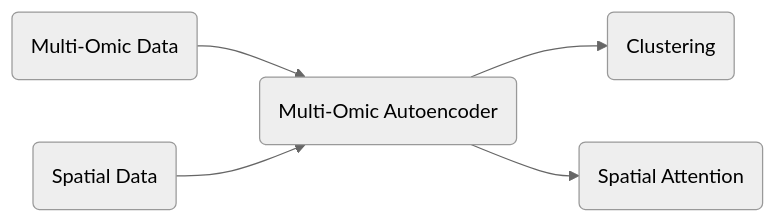
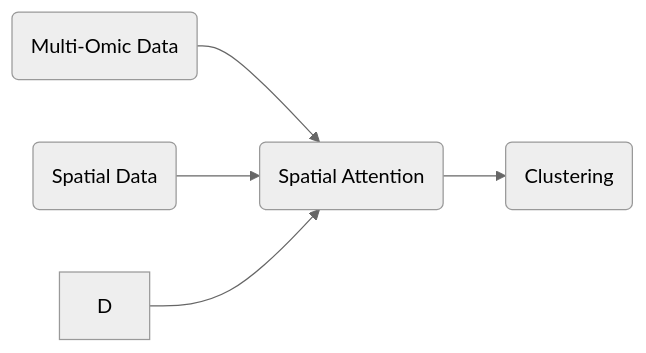
Before and after one commit to karanwxliaa/MultiOmics-Research: the first of 10 diagrams in flowchart_maybe.md, drawn with Mermaid (neutral theme). The commit also changed other lines of this file, not shown here.

Commit message:
updatee arch1

````diff
--- a/flowchart_maybe.md
+++ b/flowchart_maybe.md
@@ -3,7 +3,7 @@
 ```mermaid
 graph LR
 A(Multi-Omic Data) --> C(Multi-Omic Autoencoder)
 B(Spatial Data) --> C
 C --> E(Clustering)
-C --> D(Spatial Attention)
+D --> C(Spatial Attention)
 ```
````
